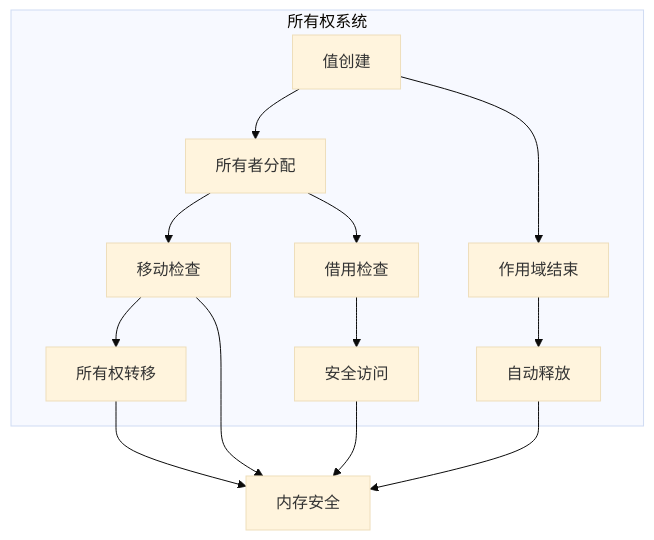
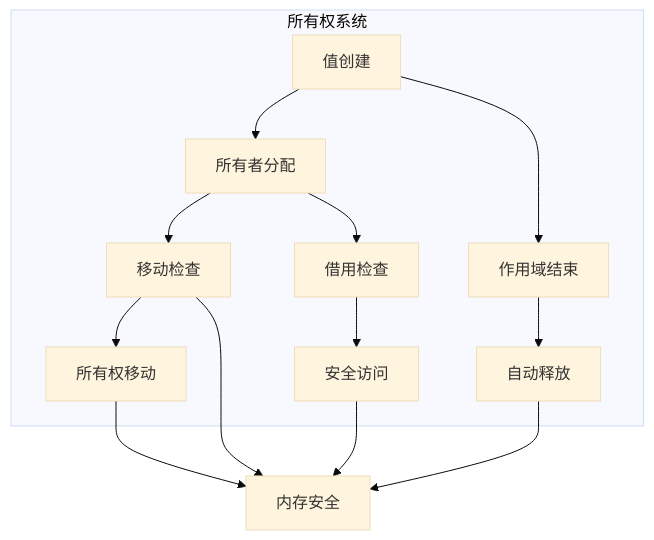
Before and after one commit to martin-ly/rust-lang: the diagram in formal_rust/refactor/01_core_theory/01_foundation_semantics/03_ownership_semantics/01_ownership_rules_semantics.md, drawn with Mermaid (base theme). The commit also changed other lines of this file and 5740 other files, not shown here.

````diff
--- a/formal_rust/refactor/01_core_theory/01_foundation_semantics/03_ownership_semantics/01_ownership_rules_semantics.md
+++ b/formal_rust/refactor/01_core_theory/01_foundation_semantics/03_ownership_semantics/01_ownership_rules_semantics.md
@@ -91,18 +91,18 @@
 ```mermaid
 graph TB
     subgraph "所有权系统"
         A[值创建] --> B[所有者分配]
         B --> C[移动检查]
-        C --> D[所有权转移]
+        C --> D[所有权移动]
         
         E[作用域结束] --> F[自动释放]
         G[借用检查] --> H[安全访问]
     end
     
     A --> E
     B --> G
     C --> I[内存安全]
     D --> I
     F --> I
     H --> I
 ```
````
